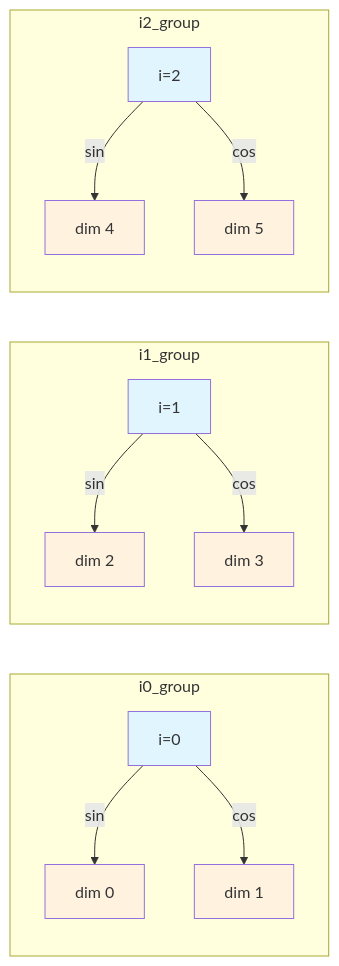
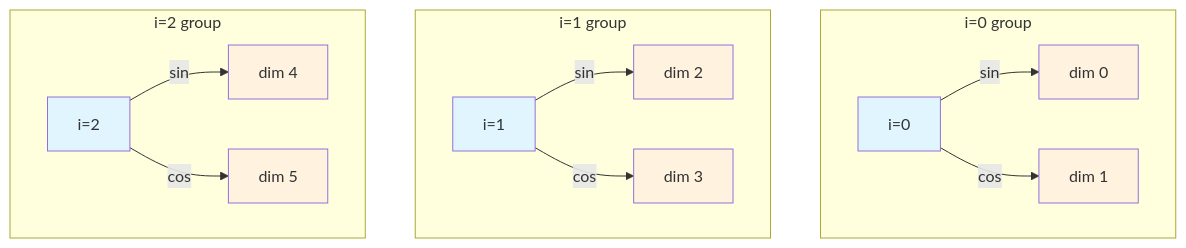
The second of 2 diagrams in Transformer/07-位置编码.md (Zheng-Enci/Knoweledges), drawn with Mermaid before and after one commit.

Commit message:
优化Mermaid图改为纵向排列三个子图

````diff
--- a/Transformer/07-位置编码.md
+++ b/Transformer/07-位置编码.md
@@ -148,27 +148,27 @@
 ```mermaid
-graph LR
-    subgraph i0_group
+graph TD
+    subgraph i0_group [i=0 group]
     i0[i=0] -->|sin| d0[dim 0]
-    i0[i=0] -->|cos| d1[dim 1]
+    i0 -->|cos| d1[dim 1]
     end
     
-    subgraph i1_group
+    subgraph i1_group [i=1 group]
     i1[i=1] -->|sin| d2[dim 2]
-    i1[i=1] -->|cos| d3[dim 3]
+    i1 -->|cos| d3[dim 3]
     end
     
-    subgraph i2_group
+    subgraph i2_group [i=2 group]
     i2[i=2] -->|sin| d4[dim 4]
-    i2[i=2] -->|cos| d5[dim 5]
+    i2 -->|cos| d5[dim 5]
     end
     
     style i0 fill:#e1f5fe
     style i1 fill:#e1f5fe
     style i2 fill:#e1f5fe
     style d0 fill:#fff3e0
     style d1 fill:#fff3e0
     style d2 fill:#fff3e0
     style d3 fill:#fff3e0
     style d4 fill:#fff3e0
     style d5 fill:#fff3e0
 ```
````
